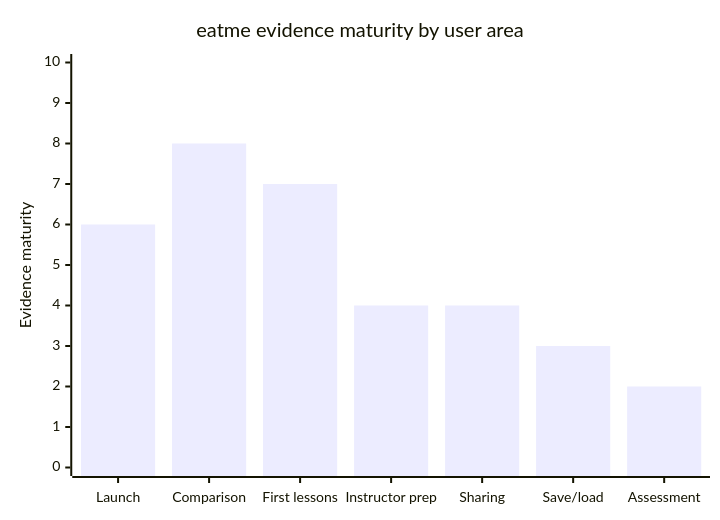
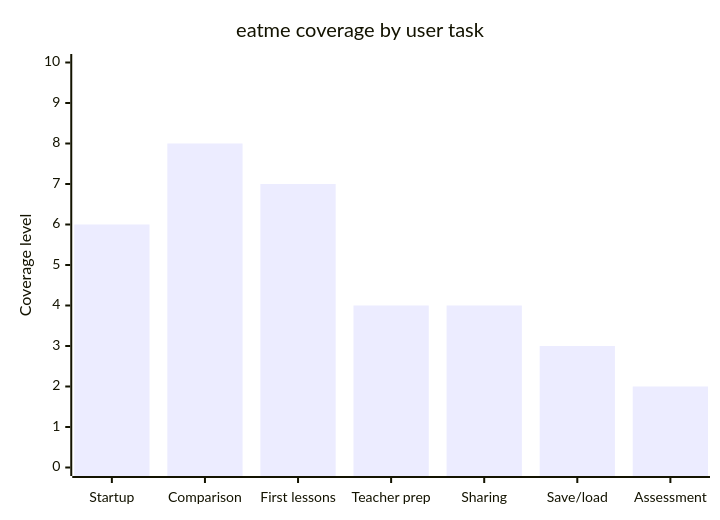
Before and after one commit to rysweet/drinkme: the fourth of 6 diagrams in README.md, drawn with Mermaid. The commit also changed other lines of this file, not shown here.

````diff
--- a/README.md
+++ b/README.md
@@ -88,7 +100,7 @@
 ```mermaid
 xychart-beta
-  title "eatme evidence maturity by user area"
-  x-axis ["Launch", "Comparison", "First lessons", "Instructor prep", "Sharing", "Save/load", "Assessment"]
-  y-axis "Evidence maturity" 0 --> 10
+  title "eatme coverage by user task"
+  x-axis ["Startup", "Comparison", "First lessons", "Teacher prep", "Sharing", "Save/load", "Assessment"]
+  y-axis "Coverage level" 0 --> 10
   bar [6, 8, 7, 4, 4, 3, 2]
 ```
````
